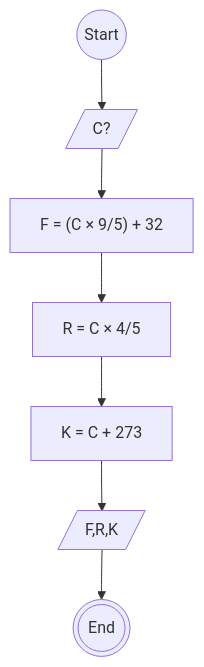
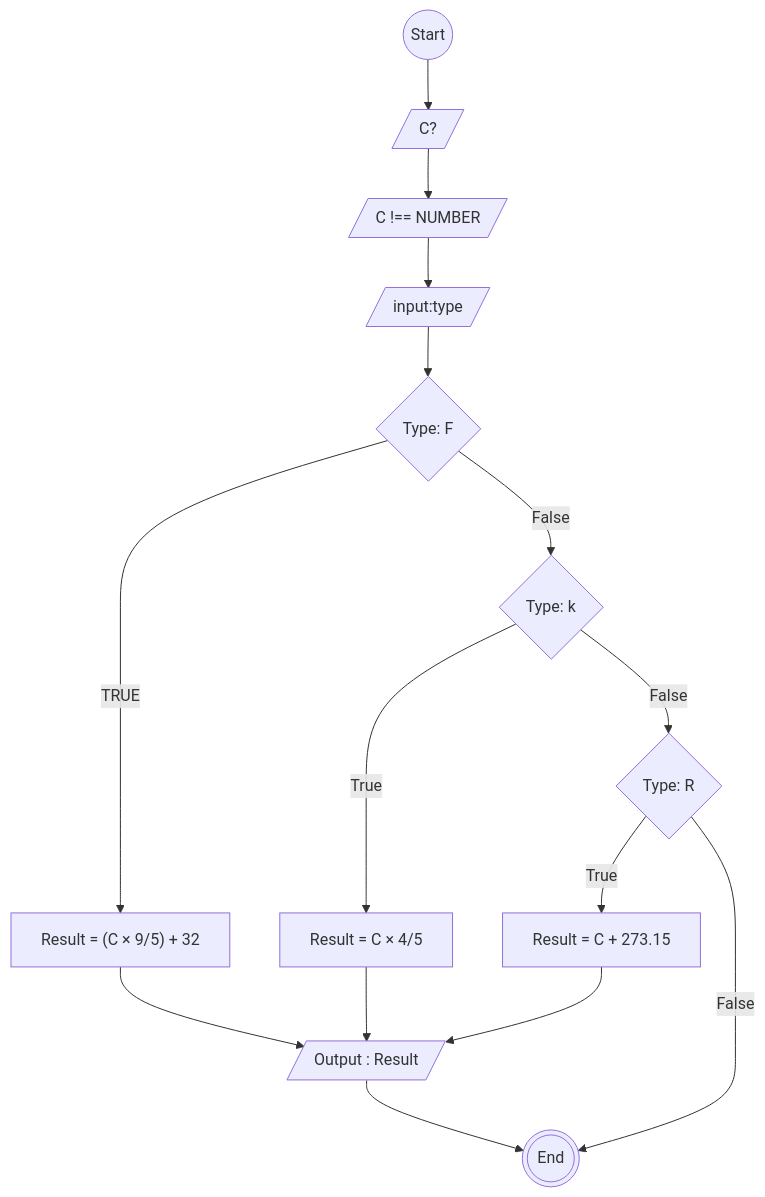
Before and after one commit to HN721/fgo24-algoritma: the diagram in MiniTask-Suhu.md, drawn with Mermaid. The commit also changed other lines of this file, not shown here.

````diff
--- a/MiniTask-Suhu.md
+++ b/MiniTask-Suhu.md
@@ -22,22 +40,36 @@
 ```mermaid
 flowchart TD
   A@{ shape: circle, label: "Start" }
+  Isnumber@{ shape: lean-r , label: "C !== NUMBER" }
+  type@{ shape: lean-r , label: "input:type" }
+
+  type1@{ shape: diamond , label: "Type: F" }
+  type2@{ shape: diamond , label: "Type: k" }
+  type3@{ shape: diamond , label: "Type: R" }
+  output@{shape: lean-r, label: "Output : Result"}
   B@{shape: lean-r, label: "C?"}
-  C@{shape , label: "F = (C × 9/5) + 32"}
-  D@{shape , label: "R = C × 4/5"}
-  E@{shape , label: "K = C + 273"}
-  F@{shape: lean-r, label: "F,R,K"}
+  C@{shape , label: "Result = (C × 9/5) + 32"}
+  D@{shape , label: "Result = C × 4/5"}
+  E@{shape , label: "Result = C + 273.15"}
   H@{shape: dbl-circ, label: "End"}
 A --> B
-B --> C
-C --> D
-D --> E
-E --> F
-F --> H
+B --> Isnumber
+Isnumber --> type
+type --> type1
+type1 --TRUE--> C
+type1 --False--> type2
+type2 --True--> D
+type2 --False--> type3
+type3 --True--> E
+type3 --False--> H
+C --> output
+D --> output
+E --> output
 
+output --> H
 
 
 
 
 
 ```
````
